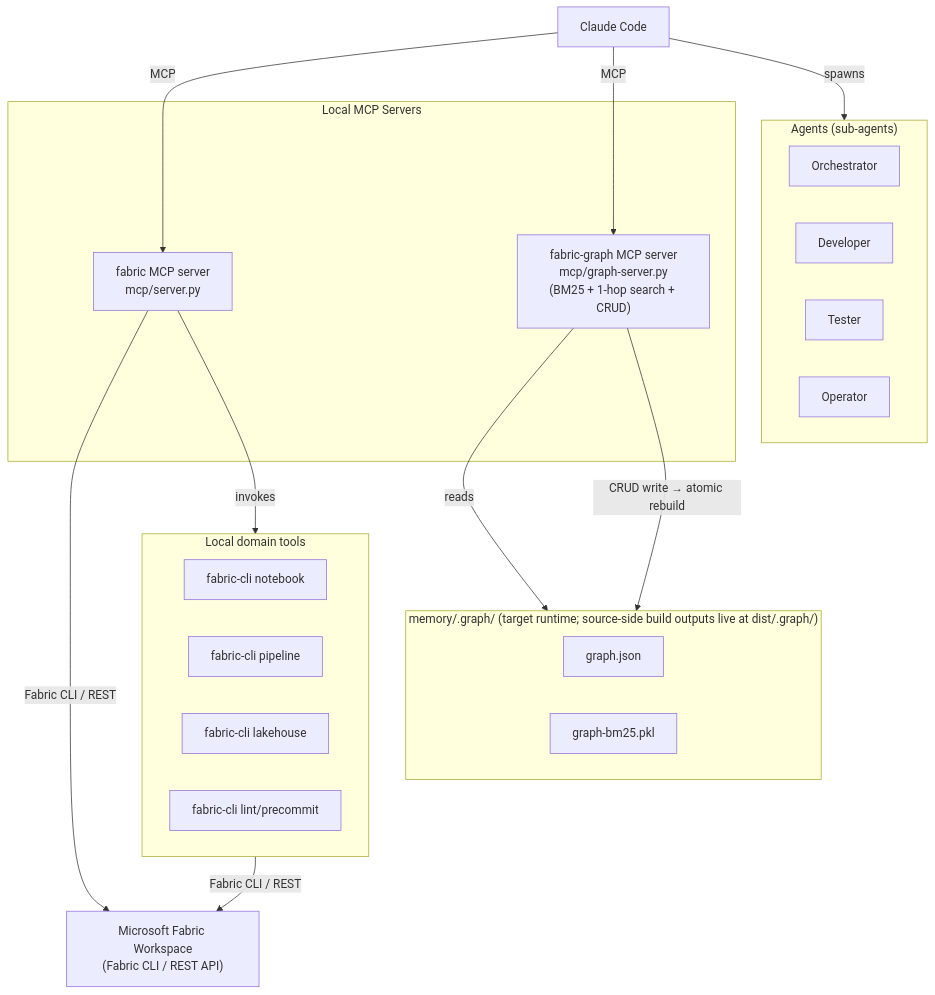
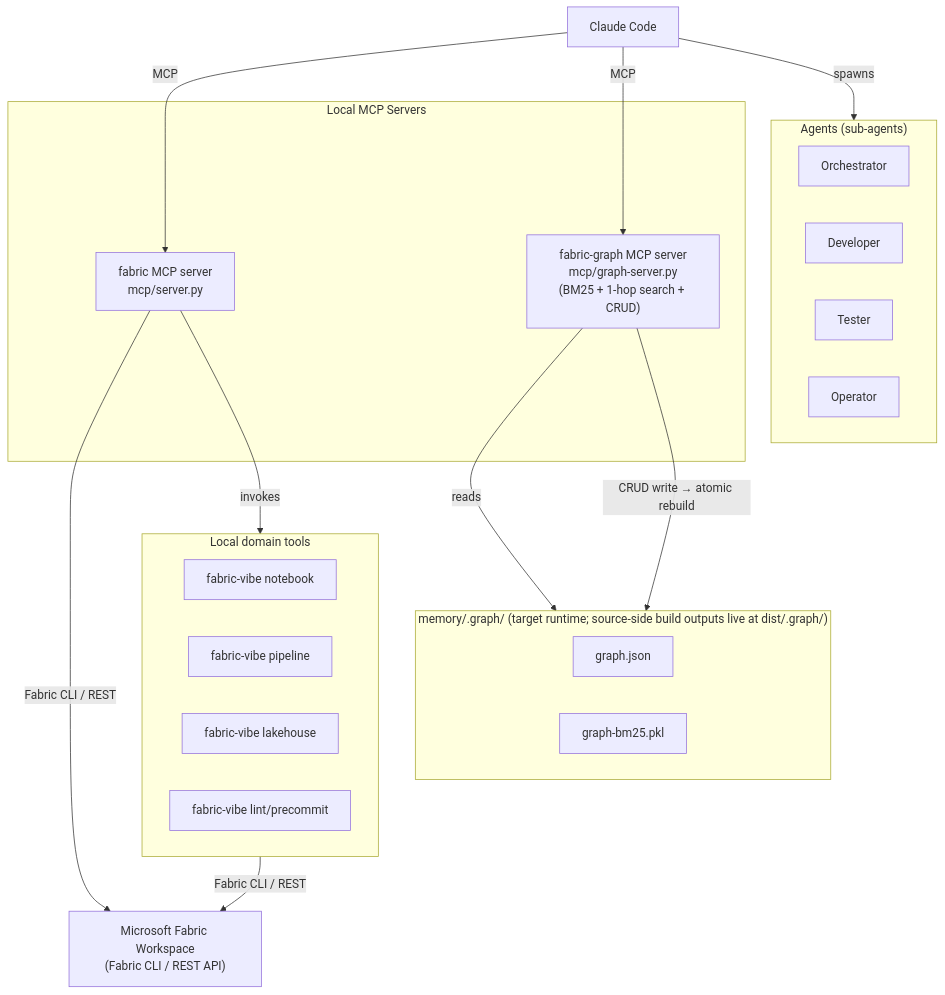
The first of 2 diagrams in docs/architecture.md (scardoso-lu/fabric-skills-settings), drawn with Mermaid before and after one commit. The commit also changed other lines of this file and 62 other files, not shown here.

Commit message:
rename cli to fabric-vibecoding

````diff
--- a/docs/architecture.md
+++ b/docs/architecture.md
@@ -12,42 +12,42 @@
 ```mermaid
 flowchart TD
     CC["Claude Code"]
 
     subgraph Agents["Agents (sub-agents)"]
         ORC["Orchestrator"]
         DEV["Developer"]
         TST["Tester"]
         OPS["Operator"]
     end
 
     subgraph MCP["Local MCP Servers"]
         FAB["fabric MCP server\nmcp/server.py"]
         GRF["fabric-graph MCP server\nmcp/graph-server.py\n(BM25 + 1-hop search + CRUD)"]
     end
 
     subgraph GraphStore["memory/.graph/ (target runtime; source-side build outputs live at dist/.graph/)"]
         GJ["graph.json"]
         BM["graph-bm25.pkl"]
     end
 
     subgraph FabricTools["Local domain tools"]
-        TN["fabric-cli notebook"]
-        TP["fabric-cli pipeline"]
-        TL["fabric-cli lakehouse"]
-        TV["fabric-cli lint/precommit"]
+        TN["fabric-vibe notebook"]
+        TP["fabric-vibe pipeline"]
+        TL["fabric-vibe lakehouse"]
+        TV["fabric-vibe lint/precommit"]
     end
 
     MSF["Microsoft Fabric Workspace\n(Fabric CLI / REST API)"]
 
     CC -->|spawns| Agents
     CC -->|MCP| FAB
     CC -->|MCP| GRF
 
     FAB -->|Fabric CLI / REST| MSF
     FAB -->|invokes| FabricTools
     FabricTools -->|Fabric CLI / REST| MSF
 
     GRF -->|reads| GraphStore
     GRF -->|CRUD write → atomic rebuild| GraphStore
 
 ```
````
